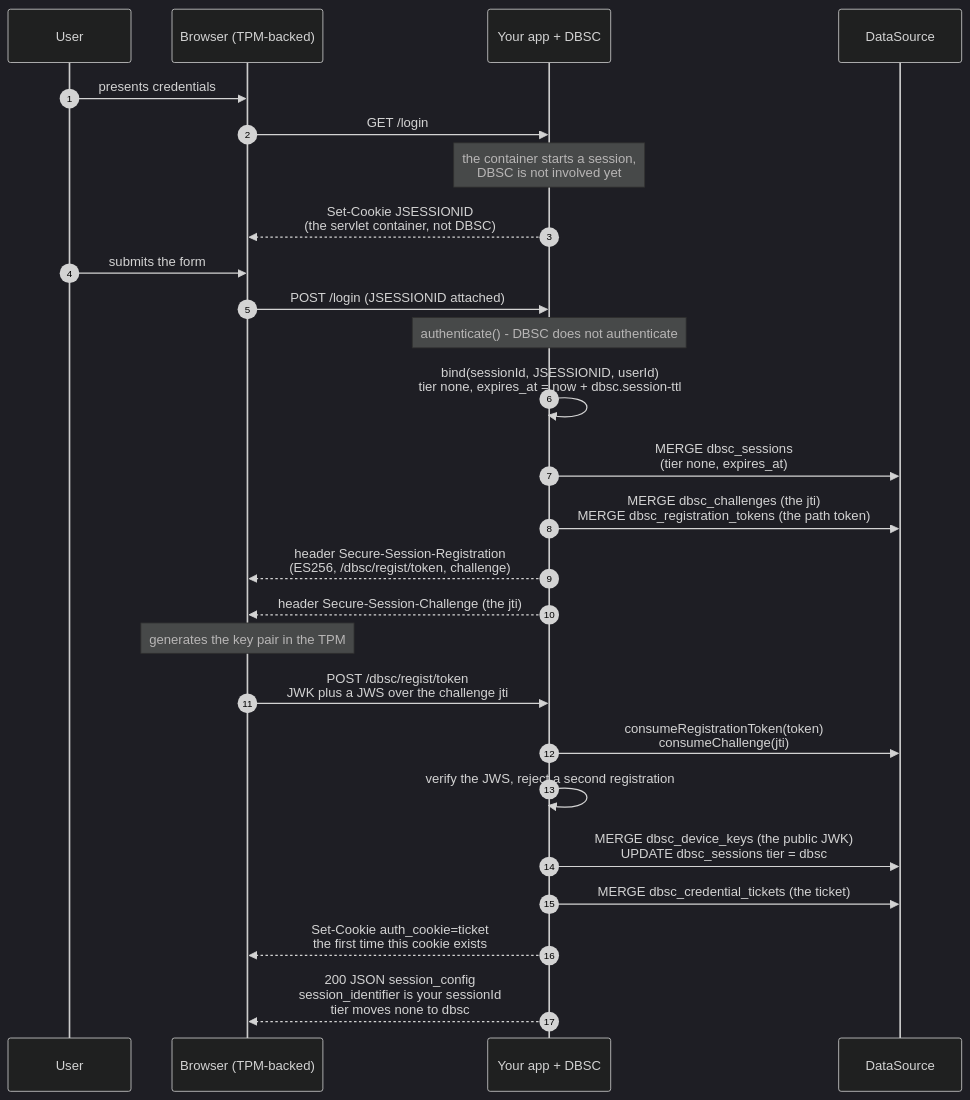
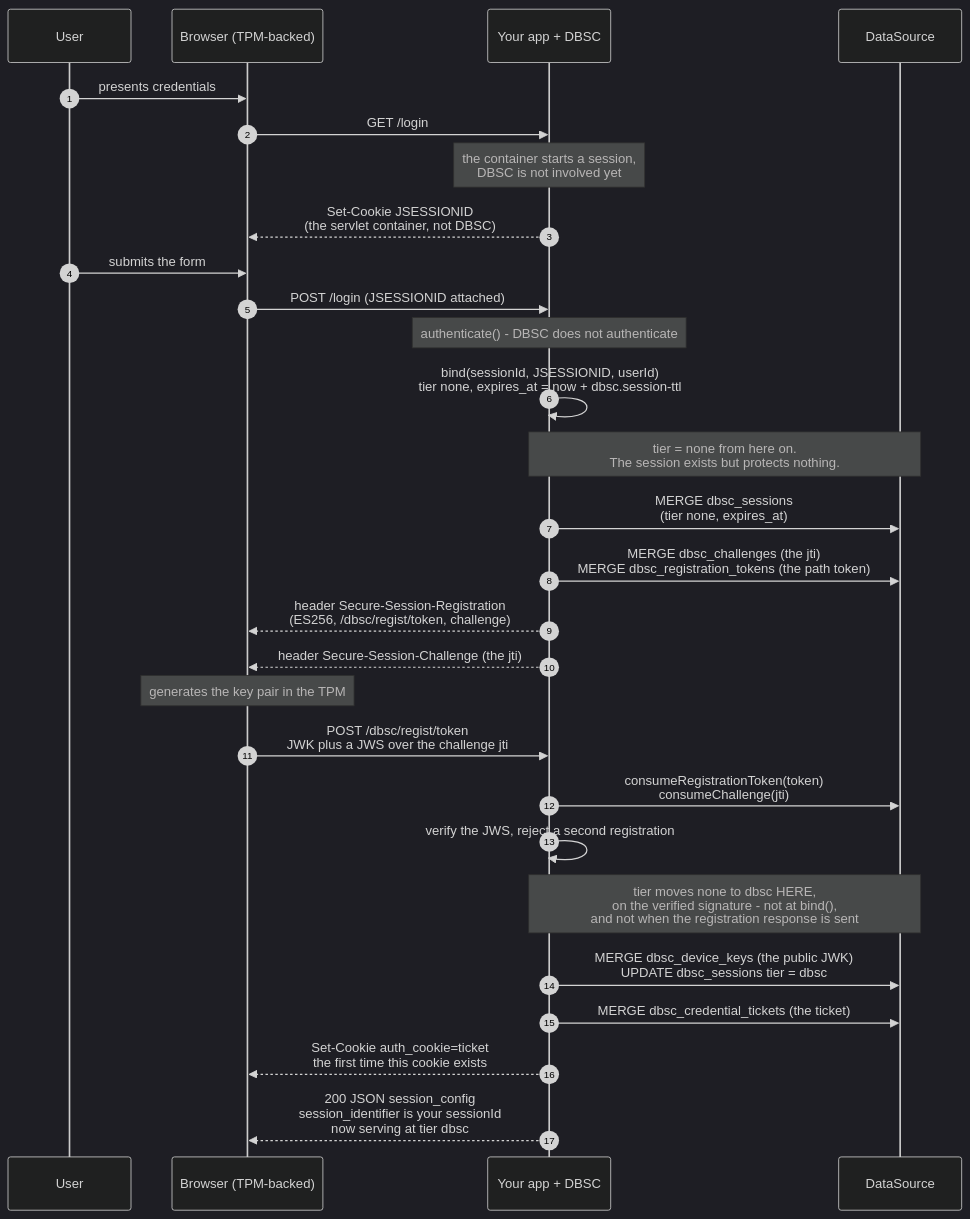
Before and after one commit to yuukioosaka/spring-dbsc: the third of 12 diagrams in README.md, drawn with Mermaid (dark theme). The commit also changed other lines of this file, not shown here.

Commit message:
README: mark the tier transitions in the Phase 1, 3 and 4 diagrams
Phase 1 gains the two boundaries that matter: tier is none from bind()
onward and protects nothing, and it moves to dbsc on the verified
registration signature -- not at bind(), and not when the response is sent.

Phase 3 makes the demotion explicit and ordered ahead of the write it
describes: dbsc to none on the first bad signature, with no grace.

Phase 4 records that terminate() does not move the tier. It sets the
separate revoked flag, and the guard reports Reason.REVOKED, which is
distinct from the Reason.LAPSED a demotion produces.

````diff
--- a/README.md
+++ b/README.md
@@ -525,29 +525,31 @@
 ```mermaid
 sequenceDiagram
     autonumber
     participant U as User
     participant B as Browser (TPM-backed)
     participant S as Your app + DBSC
     participant D as DataSource
 
     U->>B: presents credentials
     B->>S: GET /login
     Note over S: the container starts a session,<br/>DBSC is not involved yet
     S-->>B: Set-Cookie JSESSIONID<br/>(the servlet container, not DBSC)
     U->>B: submits the form
     B->>S: POST /login (JSESSIONID attached)
     Note over S: authenticate() - DBSC does not authenticate
     S->>S: bind(sessionId, JSESSIONID, userId)<br/>tier none, expires_at = now + dbsc.session-ttl
+    Note over S,D: tier = none from here on.<br/>The session exists but protects nothing.
     S->>D: MERGE dbsc_sessions<br/>(tier none, expires_at)
     S->>D: MERGE dbsc_challenges (the jti)<br/>MERGE dbsc_registration_tokens (the path token)
     S-->>B: header Secure-Session-Registration<br/>(ES256, /dbsc/regist/token, challenge)
     S-->>B: header Secure-Session-Challenge (the jti)
     Note over B: generates the key pair in the TPM
     B->>S: POST /dbsc/regist/token<br/>JWK plus a JWS over the challenge jti
     S->>D: consumeRegistrationToken(token)<br/>consumeChallenge(jti)
     S->>S: verify the JWS, reject a second registration
+    Note over S,D: tier moves none to dbsc HERE,<br/>on the verified signature - not at bind(),<br/>and not when the registration response is sent
     S->>D: MERGE dbsc_device_keys (the public JWK)<br/>UPDATE dbsc_sessions tier = dbsc
     S->>D: MERGE dbsc_credential_tickets (the ticket)
     S-->>B: Set-Cookie auth_cookie=ticket<br/>the first time this cookie exists
-    S-->>B: 200 JSON session_config<br/>session_identifier is your sessionId<br/>tier moves none to dbsc
+    S-->>B: 200 JSON session_config<br/>session_identifier is your sessionId<br/>now serving at tier dbsc
 ```
````
